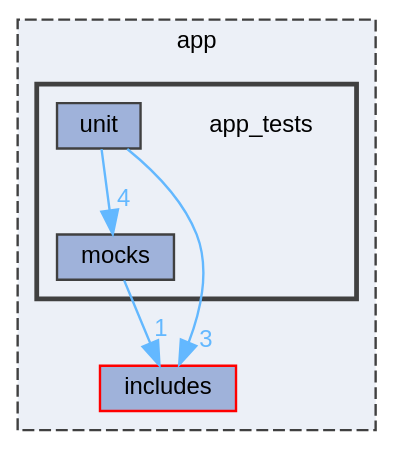
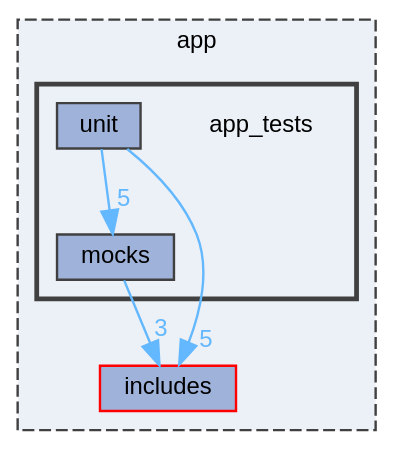
One commit to SEAME-pt/2024-2025-HotWheels changed the diagram in docs/dir_233f5a9e11cb958617720b9aa5e796d9_dep.dot. Above: the diagram before and after it, drawn with Graphviz. The commit also changed 223 other files, not shown here.

```diff
--- a/docs/dir_233f5a9e11cb958617720b9aa5e796d9_dep.dot
+++ b/docs/dir_233f5a9e11cb958617720b9aa5e796d9_dep.dot
@@ -1,21 +1,21 @@
 digraph "app/app_tests"
 {
  // LATEX_PDF_SIZE
   bgcolor="transparent";
   edge [fontname=Helvetica,fontsize=10,labelfontname=Helvetica,labelfontsize=10];
   node [fontname=Helvetica,fontsize=10,shape=box,height=0.2,width=0.4];
   compound=true
   subgraph clusterdir_d422163b96683743ed3963d4aac17747 {
     graph [ bgcolor="#ecf0f7", pencolor="grey25", label="app", fontname=Helvetica,fontsize=10 style="filled,dashed", URL="dir_d422163b96683743ed3963d4aac17747.html",tooltip=""]
   dir_1c5c03227cca0102ee47bee331c2b55d [label="includes", fillcolor="#9fb2da", color="red", style="filled", URL="dir_1c5c03227cca0102ee47bee331c2b55d.html",tooltip=""];
   subgraph clusterdir_233f5a9e11cb958617720b9aa5e796d9 {
     graph [ bgcolor="#ecf0f7", pencolor="grey25", label="", fontname=Helvetica,fontsize=10 style="filled,bold", URL="dir_233f5a9e11cb958617720b9aa5e796d9.html",tooltip=""]
     dir_233f5a9e11cb958617720b9aa5e796d9 [shape=plaintext, label="app_tests"];
   dir_88a79e1a5ce881f0266bc136e739785e [label="mocks", fillcolor="#9fb2da", color="grey25", style="filled", URL="dir_88a79e1a5ce881f0266bc136e739785e.html",tooltip=""];
   dir_9f3cf4e9959d69a629065a14f6a7ea01 [label="unit", fillcolor="#9fb2da", color="grey25", style="filled", URL="dir_9f3cf4e9959d69a629065a14f6a7ea01.html",tooltip=""];
   }
   }
-  dir_88a79e1a5ce881f0266bc136e739785e->dir_1c5c03227cca0102ee47bee331c2b55d [headlabel="1", labeldistance=1.5 headhref="dir_000017_000012.html" href="dir_000017_000012.html" color="steelblue1" fontcolor="steelblue1"];
-  dir_9f3cf4e9959d69a629065a14f6a7ea01->dir_1c5c03227cca0102ee47bee331c2b55d [headlabel="3", labeldistance=1.5 headhref="dir_000021_000012.html" href="dir_000021_000012.html" color="steelblue1" fontcolor="steelblue1"];
-  dir_9f3cf4e9959d69a629065a14f6a7ea01->dir_88a79e1a5ce881f0266bc136e739785e [headlabel="4", labeldistance=1.5 headhref="dir_000021_000017.html" href="dir_000021_000017.html" color="steelblue1" fontcolor="steelblue1"];
+  dir_88a79e1a5ce881f0266bc136e739785e->dir_1c5c03227cca0102ee47bee331c2b55d [headlabel="3", labeldistance=1.5 headhref="dir_000017_000012.html" href="dir_000017_000012.html" color="steelblue1" fontcolor="steelblue1"];
+  dir_9f3cf4e9959d69a629065a14f6a7ea01->dir_1c5c03227cca0102ee47bee331c2b55d [headlabel="5", labeldistance=1.5 headhref="dir_000021_000012.html" href="dir_000021_000012.html" color="steelblue1" fontcolor="steelblue1"];
+  dir_9f3cf4e9959d69a629065a14f6a7ea01->dir_88a79e1a5ce881f0266bc136e739785e [headlabel="5", labeldistance=1.5 headhref="dir_000021_000017.html" href="dir_000021_000017.html" color="steelblue1" fontcolor="steelblue1"];
 }
```
